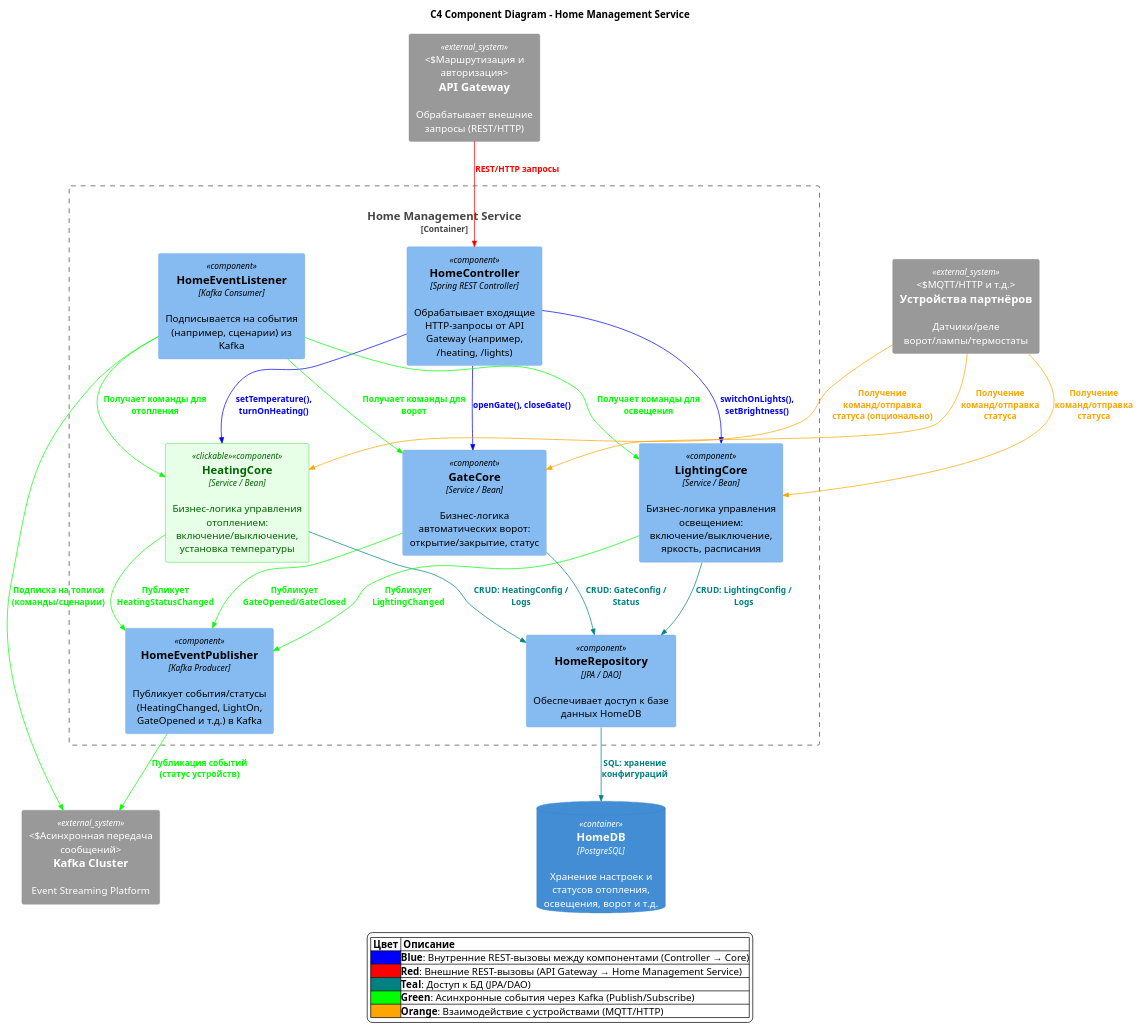
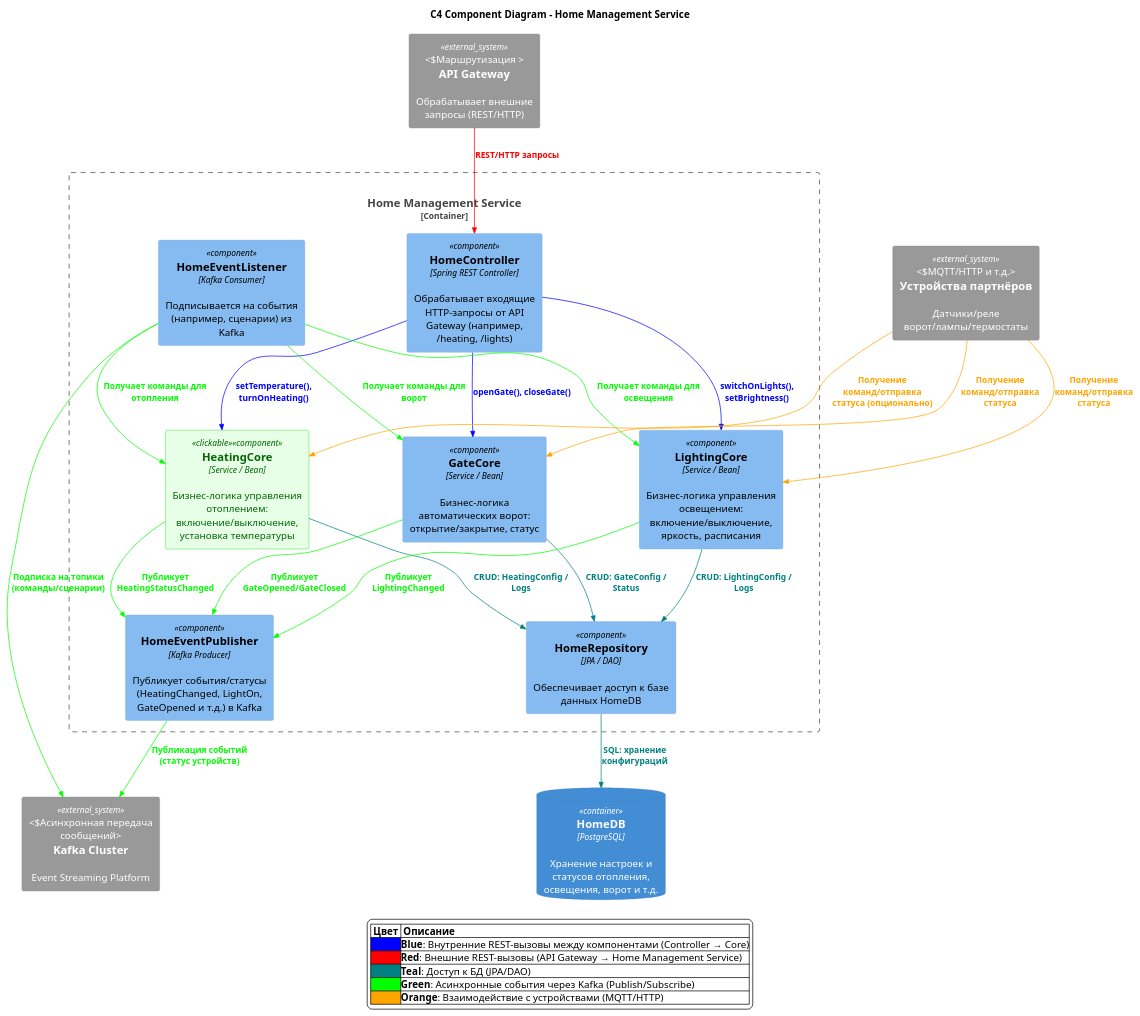
Before and after one commit to abryzgin/architecture-sprint-3: the diagram in docs/to_be/component_hs.puml, drawn with PlantUML. The commit also changed 5 other files, not shown here.

```diff
--- a/docs/to_be/component_hs.puml
+++ b/docs/to_be/component_hs.puml
@@ -1,86 +1,86 @@
 @startuml
 !include ../C4/C4_Component.puml
 
 ' Делаем связи по умолчанию чёрными
 UpdateRelStyle(black, black)
 
 ' Объявляем теги, используемые для цветных линий
 AddRelTag("blueLine",   $lineColor="#0000FF", $textColor="#0000FF")
 AddRelTag("redLine",    $lineColor="#FF0000", $textColor="#FF0000")
 AddRelTag("tealLine",   $lineColor="#008080", $textColor="#008080")
 AddRelTag("greenLine",  $lineColor="#00FF00", $textColor="#00FF00")
 AddRelTag("orangeLine", $lineColor="#FFA500", $textColor="#FFA500")
 AddElementTag("сlickable", $bgColor="#E6FFE6", $fontColor="#006600", $borderColor="#00CC00")
 
 title C4 Component Diagram – Home Management Service
 
 ' -- Внешние системы / объекты, которые находятся за пределами микросервиса --
-System_Ext(apiGateway, "API Gateway", "Обрабатывает внешние запросы (REST/HTTP)", "Маршрутизация и авторизация")
+System_Ext(apiGateway, "API Gateway", "Обрабатывает внешние запросы (REST/HTTP)", "Маршрутизация ")
 System_Ext(partnerDevices, "Устройства партнёров", "Датчики/реле ворот/лампы/термостаты", "MQTT/HTTP и т.д.")
 System_Ext(kafka, "Kafka Cluster", "Event Streaming Platform", "Асинхронная передача сообщений")
 ContainerDb(homeDb, "HomeDB", "PostgreSQL", "Хранение настроек и статусов отопления, освещения, ворот и т.д.")
 
 '
 ' --- Граница микросервиса Home Management Service ---
 '
 Container_Boundary(homeService, "Home Management Service", "Java/Spring Boot") {
     Component(homeController, "HomeController", "Spring REST Controller", "Обрабатывает входящие HTTP-запросы от API Gateway (например, /heating, /lights)")
     Component(heatingCore, "HeatingCore", "Service / Bean", "Бизнес-логика управления отоплением: включение/выключение, установка температуры", $link="code.puml", $tags="сlickable")
     Component(lightingCore, "LightingCore", "Service / Bean", "Бизнес-логика управления освещением: включение/выключение, яркость, расписания")
     Component(gateCore, "GateCore", "Service / Bean", "Бизнес-логика автоматических ворот: открытие/закрытие, статус")
     Component(eventListener, "HomeEventListener", "Kafka Consumer", "Подписывается на события (например, сценарии) из Kafka")
     Component(eventPublisher, "HomeEventPublisher", "Kafka Producer", "Публикует события/статусы (HeatingChanged, LightOn, GateOpened и т.д.) в Kafka")
     Component(homeRepository, "HomeRepository", "JPA / DAO", "Обеспечивает доступ к базе данных HomeDB")
 }
 
 '
 ' --- Связи между внутренними компонентами (внутри Boundary) ---
 '
 Rel(homeController, heatingCore,   "setTemperature(), turnOnHeating()", $tags="blueLine")
 Rel(homeController, lightingCore,  "switchOnLights(), setBrightness()", $tags="blueLine")
 Rel(homeController, gateCore,      "openGate(), closeGate()",           $tags="blueLine")
 
 Rel(heatingCore,   homeRepository, "CRUD: HeatingConfig / Logs", $tags="tealLine")
 Rel(lightingCore,  homeRepository, "CRUD: LightingConfig / Logs", $tags="tealLine")
 Rel(gateCore,      homeRepository, "CRUD: GateConfig / Status",  $tags="tealLine")
 
 Rel(eventListener, heatingCore,  "Получает команды для отопления",    $tags="greenLine")
 Rel(eventListener, lightingCore, "Получает команды для освещения",   $tags="greenLine")
 Rel(eventListener, gateCore,     "Получает команды для ворот",       $tags="greenLine")
 
 Rel(heatingCore,   eventPublisher, "Публикует HeatingStatusChanged",  $tags="greenLine")
 Rel(lightingCore,  eventPublisher, "Публикует LightingChanged",       $tags="greenLine")
 Rel(gateCore,      eventPublisher, "Публикует GateOpened/GateClosed", $tags="greenLine")
 
 '
 ' --- Взаимодействие компонентов с внешними системами (за пределами Boundary) ---
 '
 Rel(apiGateway, homeController, "REST/HTTP запросы", $tags="redLine")
 Rel(homeRepository, homeDb,     "SQL: хранение конфигураций", $tags="tealLine")
 
 ' Асинхронные события через Kafka
 Rel(eventListener, kafka, "Подписка на топики (команды/сценарии)", $tags="greenLine")
 Rel(eventPublisher, kafka, "Публикация событий (статус устройств)", $tags="greenLine")
 
 ' Устройства партнёров напрямую общаются, например,
 Rel(partnerDevices, heatingCore, "Получение команд/отправка статуса (опционально)", $tags="orangeLine")
 Rel(partnerDevices, lightingCore, "Получение команд/отправка статуса", $tags="orangeLine")
 Rel(partnerDevices, gateCore,     "Получение команд/отправка статуса", $tags="orangeLine")
 
 '
 ' --- Легенда ---
 '
 skinparam legend {
   BackgroundColor #FFFFFF
   BorderColor #000000
   FontColor #000000
 }
 legend
 |= Цвет |= Описание |
 |<#0000FF>|**Blue**: Внутренние REST-вызовы между компонентами (Controller → Core)|
 |<#FF0000>|**Red**: Внешние REST-вызовы (API Gateway → Home Management Service)|
 |<#008080>|**Teal**: Доступ к БД (JPA/DAO)|
 |<#00FF00>|**Green**: Асинхронные события через Kafka (Publish/Subscribe)|
 |<#FFA500>|**Orange**: Взаимодействие с устройствами (MQTT/HTTP)||<#E6FFE6>|**LightMintGreen** (`сlickable`): Зелёный контейнер. Кликабельный, ведёт на более детальную диаграмму кода|
 end legend
 @enduml
```
